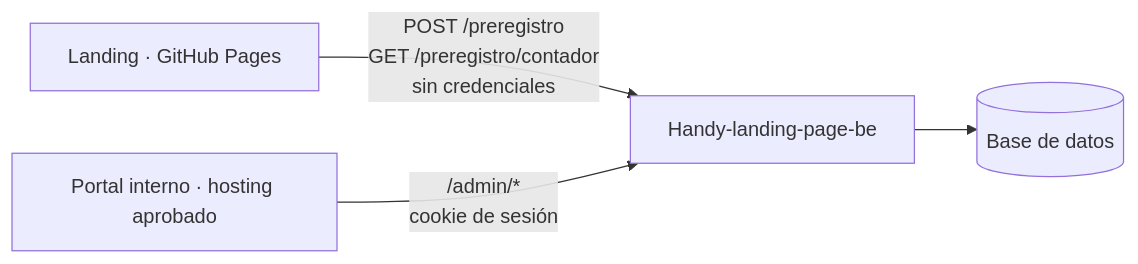
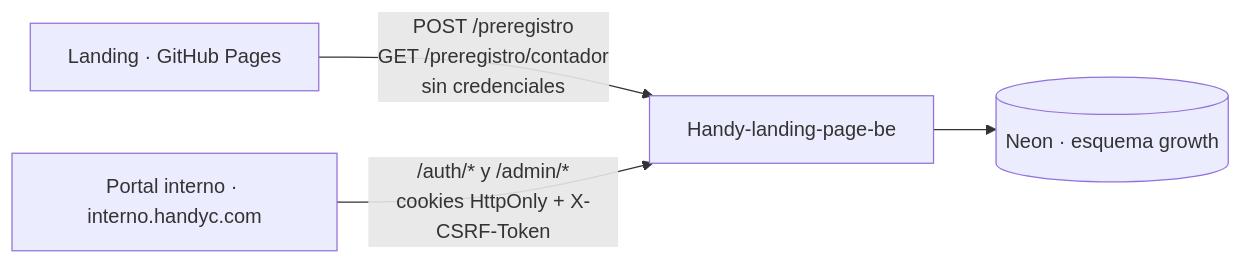
One commit to Toti-Gauna/handy-internal-portal changed the first of 2 diagrams in docs/api/landing-be.md. Above: the diagram before and after it, drawn with Mermaid. The commit also changed other lines of this file and 13 other files, not shown here.

````diff
--- a/docs/api/landing-be.md
+++ b/docs/api/landing-be.md
@@ -16,6 +18,6 @@
 ```mermaid
 flowchart LR
   Landing[Landing · GitHub Pages] -- "POST /preregistro<br/>GET /preregistro/contador<br/>sin credenciales" --> BE[Handy-landing-page-be]
-  Portal[Portal interno · hosting aprobado] -- "/admin/*<br/>cookie de sesión" --> BE
-  BE --> DB[(Base de datos)]
+  Portal[Portal interno · interno.handyc.com] -- "/auth/* y /admin/*<br/>cookies HttpOnly + X-CSRF-Token" --> BE
+  BE --> DB[(Neon · esquema growth)]
 ```
````
